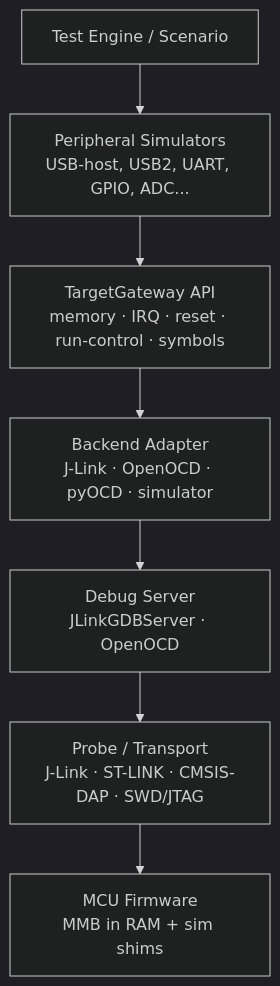
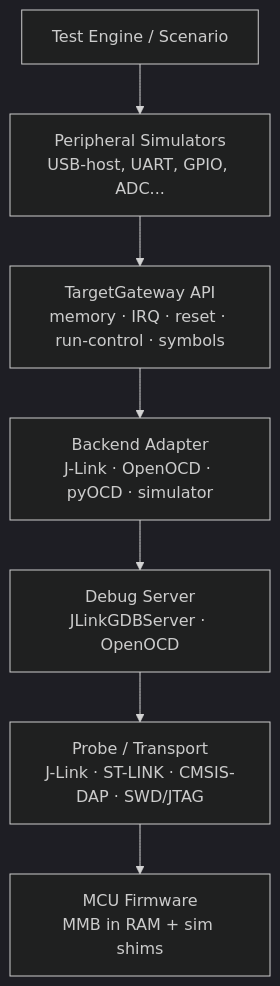
The first of 6 diagrams in docs/arch/peripheral-simulation-backend-architecture.md (hassan17771/bachelor-io-server), drawn with Mermaid (dark theme) before and after one commit. The commit also changed other lines of this file and 1 other file, not shown here.

First line of the commit message:
Refresh the architecture doc for the new USB tree (Task 5.1)

````diff
--- a/docs/arch/peripheral-simulation-backend-architecture.md
+++ b/docs/arch/peripheral-simulation-backend-architecture.md
@@ -19,12 +19,12 @@
 ```mermaid
 flowchart TD
     Engine[Test Engine / Scenario]
-    Peripherals[Peripheral Simulators<br/>USB-host, USB2, UART, GPIO, ADC...]
+    Peripherals[Peripheral Simulators<br/>USB-host, UART, GPIO, ADC...]
     Gateway[TargetGateway API<br/>memory · IRQ · reset · run-control · symbols]
     Backend[Backend Adapter<br/>J-Link · OpenOCD · pyOCD · simulator]
     Server[Debug Server<br/>JLinkGDBServer · OpenOCD]
     Probe[Probe / Transport<br/>J-Link · ST-LINK · CMSIS-DAP · SWD/JTAG]
     Target[MCU Firmware<br/>MMB in RAM + sim shims]
 
     Engine --> Peripherals --> Gateway --> Backend --> Server --> Probe --> Target
 ```
````
